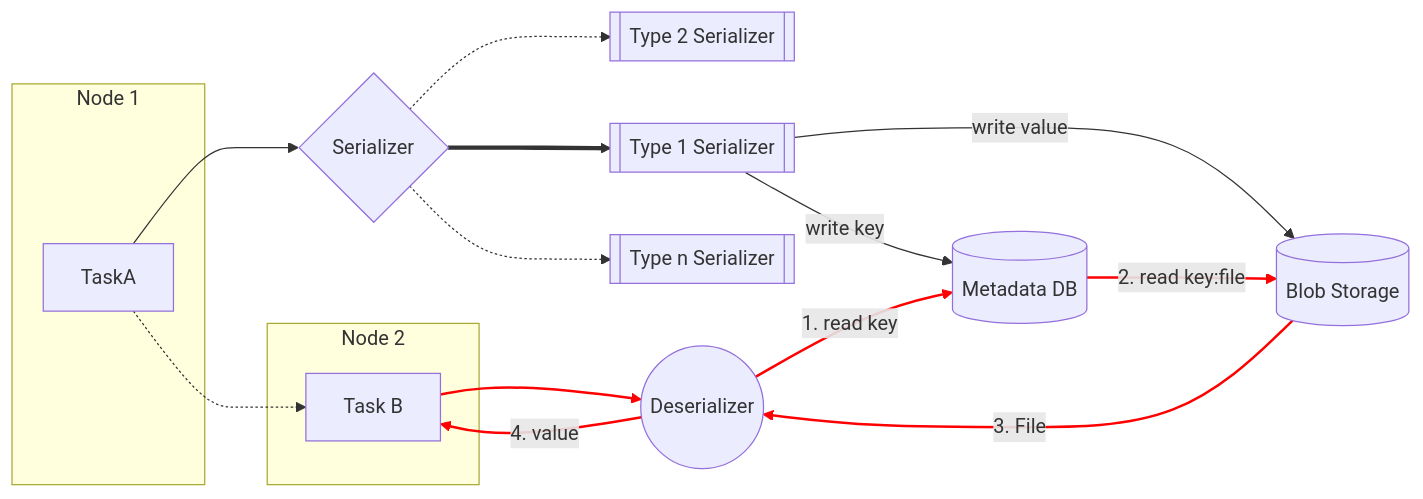
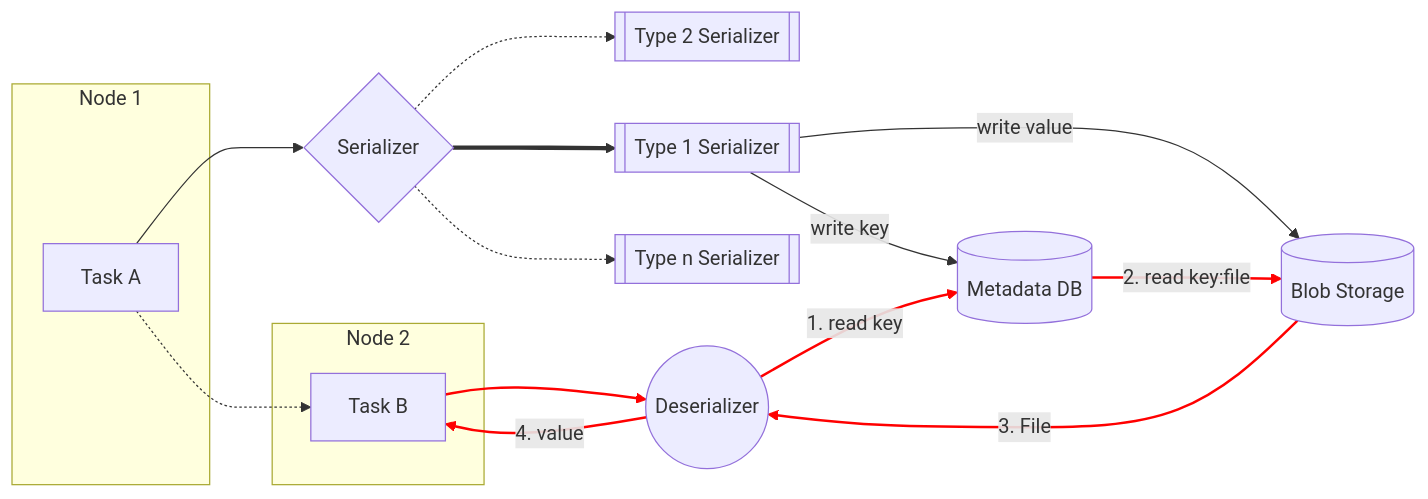
The first of 2 diagrams in README.md (VitorRussomanoCGCOMPASS/airflow), drawn with Mermaid before and after one commit. The commit also changed other lines of this file, not shown here.

````diff
--- a/README.md
+++ b/README.md
@@ -278,33 +291,33 @@
 ```mermaid
 
 flowchart LR
 
     A -.-> B
 
     subgraph Node 1
-        A[TaskA]
+        A[Task A]
     end
     subgraph Node 2
     B[Task B]
     end
     
     A --> Serializer{Serializer} 
     Serializer -.->   id1[[Type 2 Serializer]]
     Serializer ==> id2[[Type 1 Serializer]] 
     Serializer -.->   id3[[Type n Serializer]]
 
     id2 -->|write value| Blob[(Blob Storage)]
     id2 -->|write key| db[(Metadata DB)]
 
     B --> Deserializer((Deserializer))
 
     Deserializer -->|1. read key| db --> |2. read key:file | Blob -->|3. File| Deserializer --> |4.  value| B
     linkStyle 7 stroke-width:2px,fill:none,stroke:red;
     linkStyle 8 stroke-width:2px,fill:none,stroke:red;
     linkStyle 9 stroke-width:2px,fill:none,stroke:red;
     linkStyle 10 stroke-width:2px,fill:none,stroke:red;
     linkStyle 11 stroke-width:2px,fill:none,stroke:red;
 
 
 
 ```
````
